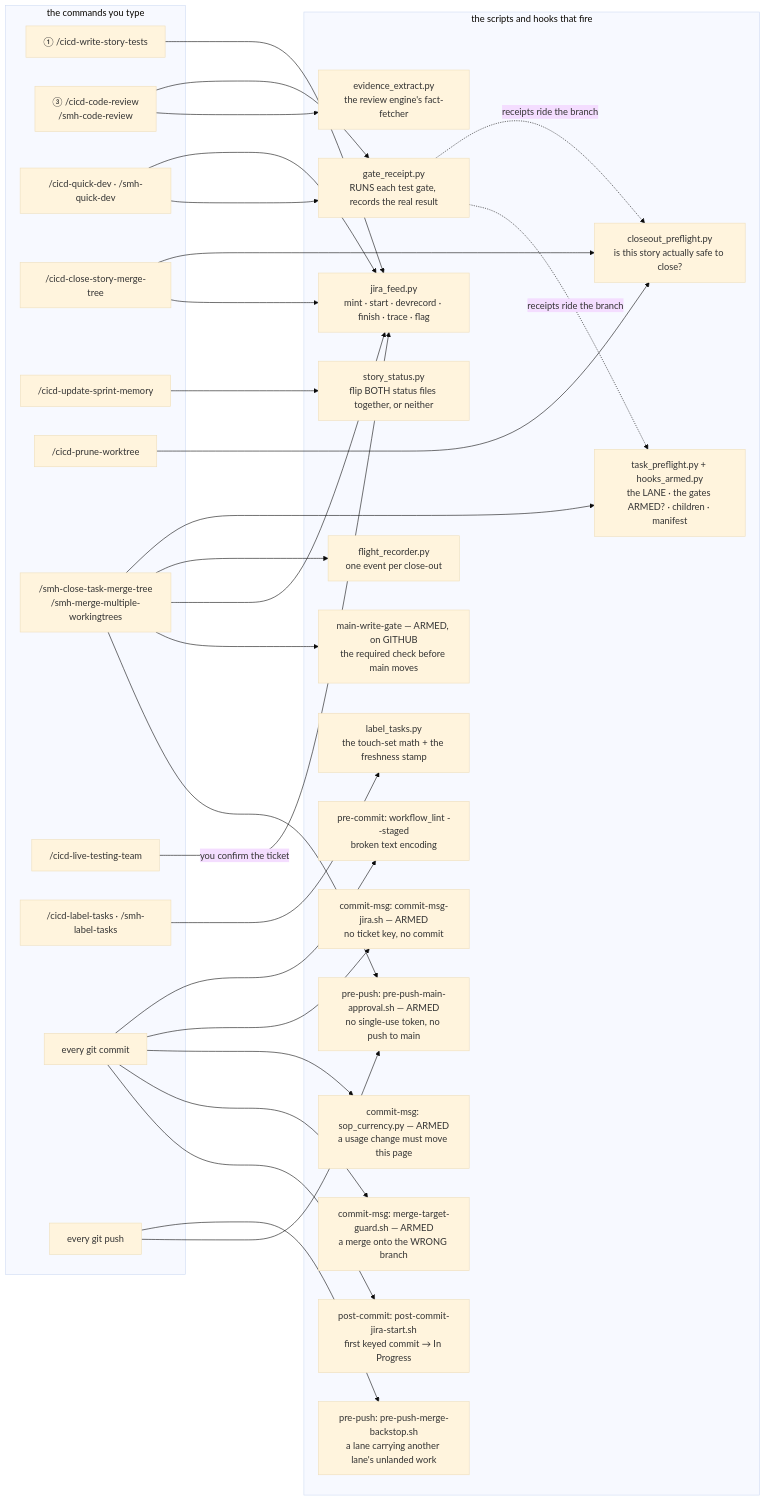
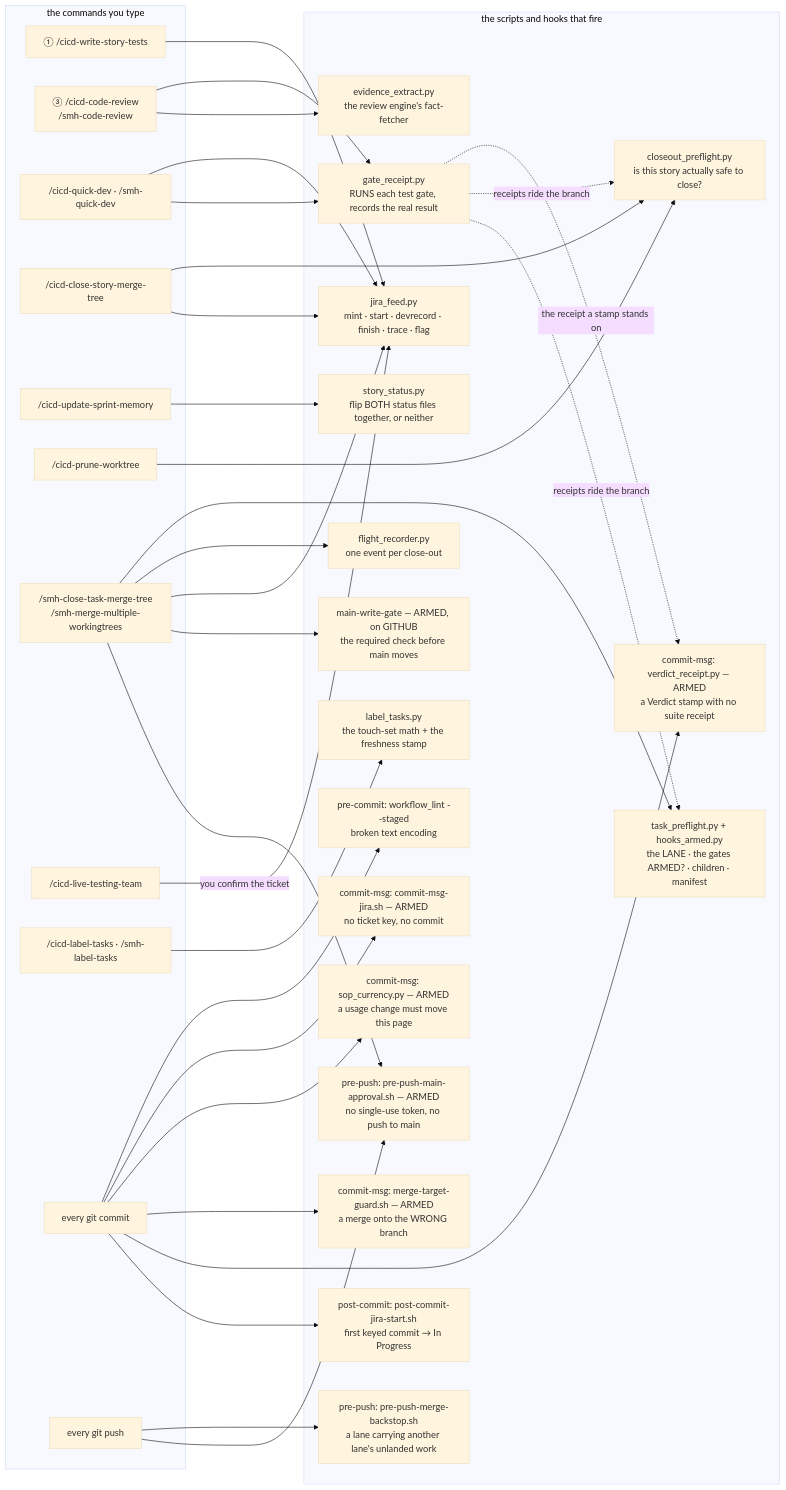
Before and after one commit to sudomadhatter/Sudo_Hatter_Command: the eighth of 45 diagrams in docs/_scc_sops_prds/workflows_testing_SOP.md, drawn with Mermaid (base theme). The commit also changed other lines of this file and 8 other files, not shown here.

````diff
--- a/docs/_scc_sops_prds/workflows_testing_SOP.md
+++ b/docs/_scc_sops_prds/workflows_testing_SOP.md
@@ -2357,59 +2357,62 @@
 ```mermaid
 flowchart LR
     subgraph CMD ["the commands you type"]
         S["① /cicd-write-story-tests"]
         R["③ /cicd-code-review\n/smh-code-review"]
         Q["/cicd-quick-dev · /smh-quick-dev"]
         M["/cicd-close-story-merge-tree"]
         MS["/cicd-update-sprint-memory"]
         W["/cicd-prune-worktree"]
         T["/smh-close-task-merge-tree\n/smh-merge-multiple-workingtrees"]
         L["/cicd-live-testing-team"]
         LB["/cicd-label-tasks · /smh-label-tasks"]
         G["every git commit"]
         P["every git push"]
     end
     subgraph CHK ["the scripts and hooks that fire"]
         GR["gate_receipt.py\nRUNS each test gate, records the real result"]
         CP["closeout_preflight.py\nis this story actually safe to close?"]
         SS["story_status.py\nflip BOTH status files together, or neither"]
         JF["jira_feed.py\nmint · start · devrecord · finish · trace · flag"]
         TP["task_preflight.py + hooks_armed.py\nthe LANE · the gates ARMED? · children · manifest"]
         FR["flight_recorder.py\none event per close-out"]
         LTS["label_tasks.py\nthe touch-set math + the freshness stamp"]
         EV["evidence_extract.py\nthe review engine's fact-fetcher"]
         WL["pre-commit: workflow_lint --staged\nbroken text encoding"]
         JH["commit-msg: commit-msg-jira.sh — ARMED\nno ticket key, no commit"]
         SC["commit-msg: sop_currency.py — ARMED\na usage change must move this page"]
         MT["commit-msg: merge-target-guard.sh — ARMED\na merge onto the WRONG branch"]
+        VR["commit-msg: verdict_receipt.py — ARMED\na Verdict stamp with no suite receipt"]
         PJ["post-commit: post-commit-jira-start.sh\nfirst keyed commit → In Progress"]
         BS["pre-push: pre-push-merge-backstop.sh\na lane carrying another lane's unlanded work"]
         PA["pre-push: pre-push-main-approval.sh — ARMED\nno single-use token, no push to main"]
         MW["main-write-gate — ARMED, on GITHUB\nthe required check before main moves"]
     end
     S --> JF
     R --> GR
     R --> EV
     Q --> JF
     Q --> GR
     M --> CP
     M --> JF
     MS --> SS
     W --> CP
     T --> TP
     T --> FR
     T --> JF
     T --> MW
     T --> PA
     L -->|"you confirm the ticket"| JF
     LB --> LTS
     G --> WL
     G --> JH
     G --> SC
     G --> MT
+    G --> VR
+    GR -.->|"the receipt a stamp stands on"| VR
     G --> PJ
     P --> BS
     P --> PA
     GR -.->|"receipts ride the branch"| CP
     GR -.->|"receipts ride the branch"| TP
 ```
````
